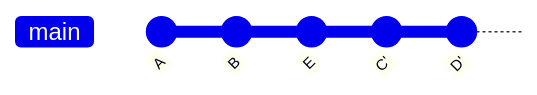
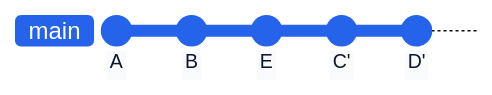
The second of 3 diagrams in kb/01-fundamentals/04-git.md (bogdan111305/java-senior-roadmap), drawn with Mermaid before and after one commit. The commit also changed other lines of this file and 31 other files, not shown here.

````diff
--- a/kb/01-fundamentals/04-git.md
+++ b/kb/01-fundamentals/04-git.md
@@ -181,8 +182,9 @@
 ```mermaid
+%%{init: {"theme": "base", "gitGraph": {"rotateCommitLabel": false}, "themeCSS": ".commit-label-bkg { opacity: 1; stroke: #94a3b8; }", "themeVariables": {"git0": "#2563eb", "git1": "#d97706", "git2": "#16a34a", "gitInv0": "#ffffff", "gitInv1": "#ffffff", "gitBranchLabel0": "#ffffff", "gitBranchLabel1": "#ffffff", "commitLabelColor": "#0f172a", "commitLabelBackground": "#f1f5f9", "commitLabelFontSize": "13px"}}}%%
 gitGraph
    commit id: "A"
    commit id: "B"
    commit id: "E"
    commit id: "C'"
    commit id: "D'"
 ```
````
